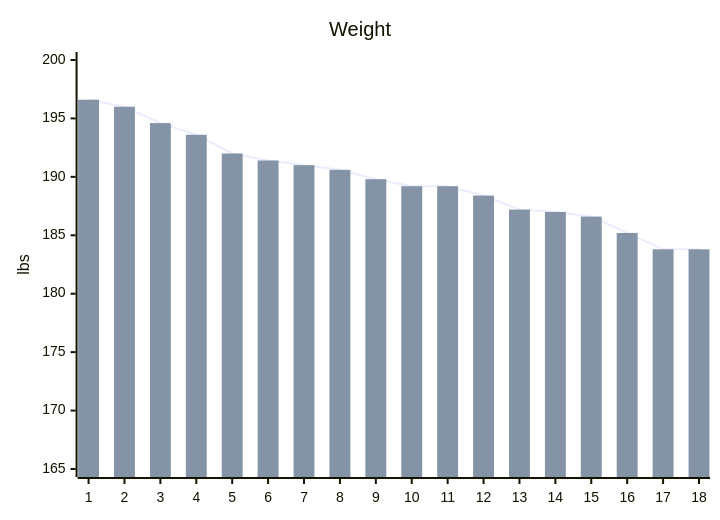
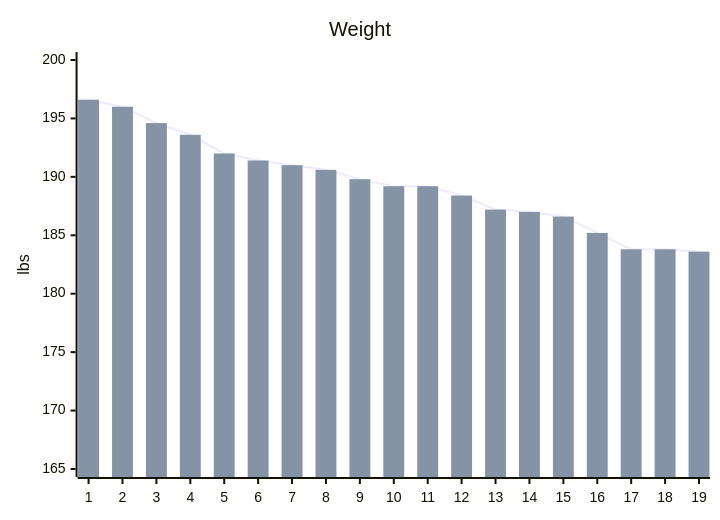
The diagram in all_collections/_personal/goals.md (stevenelson35/stevenelson35.github.io), drawn with Mermaid before and after one commit. The commit also changed other lines of this file, not shown here.

```diff
--- a/all_collections/_personal/goals.md
+++ b/all_collections/_personal/goals.md
@@ -11,8 +11,8 @@
 <pre class="mermaid" >
   xychart-beta
     title "Weight" 
-    x-axis [1, 2, 3, 4, 5, 6, 7, 8, 9, 10, 11, 12, 13, 14, 15, 16, 17, 18] 
+    x-axis [1, 2, 3, 4, 5, 6, 7, 8, 9, 10, 11, 12, 13, 14, 15, 16, 17, 18, 19] 
     y-axis "lbs" 165 --> 200
-    line [196.6, 196.0, 194.6, 193.6, 192.0, 191.4, 191.0, 190.6, 189.8, 189.2, 189.2, 188.4, 187.2, 187.0, 186.6, 185.2, 183.8, 183.8]
-    bar [196.6, 196.0, 194.6, 193.6, 192.0, 191.4, 191.0, 190.6, 189.8, 189.2, 189.2, 188.4, 187.2, 187.0, 186.6, 185.2, 183.8, 183.8]
+    line [196.6, 196.0, 194.6, 193.6, 192.0, 191.4, 191.0, 190.6, 189.8, 189.2, 189.2, 188.4, 187.2, 187.0, 186.6, 185.2, 183.8, 183.8, 183.6]
+    bar [196.6, 196.0, 194.6, 193.6, 192.0, 191.4, 191.0, 190.6, 189.8, 189.2, 189.2, 188.4, 187.2, 187.0, 186.6, 185.2, 183.8, 183.8, 183.6]
 </pre>
```
